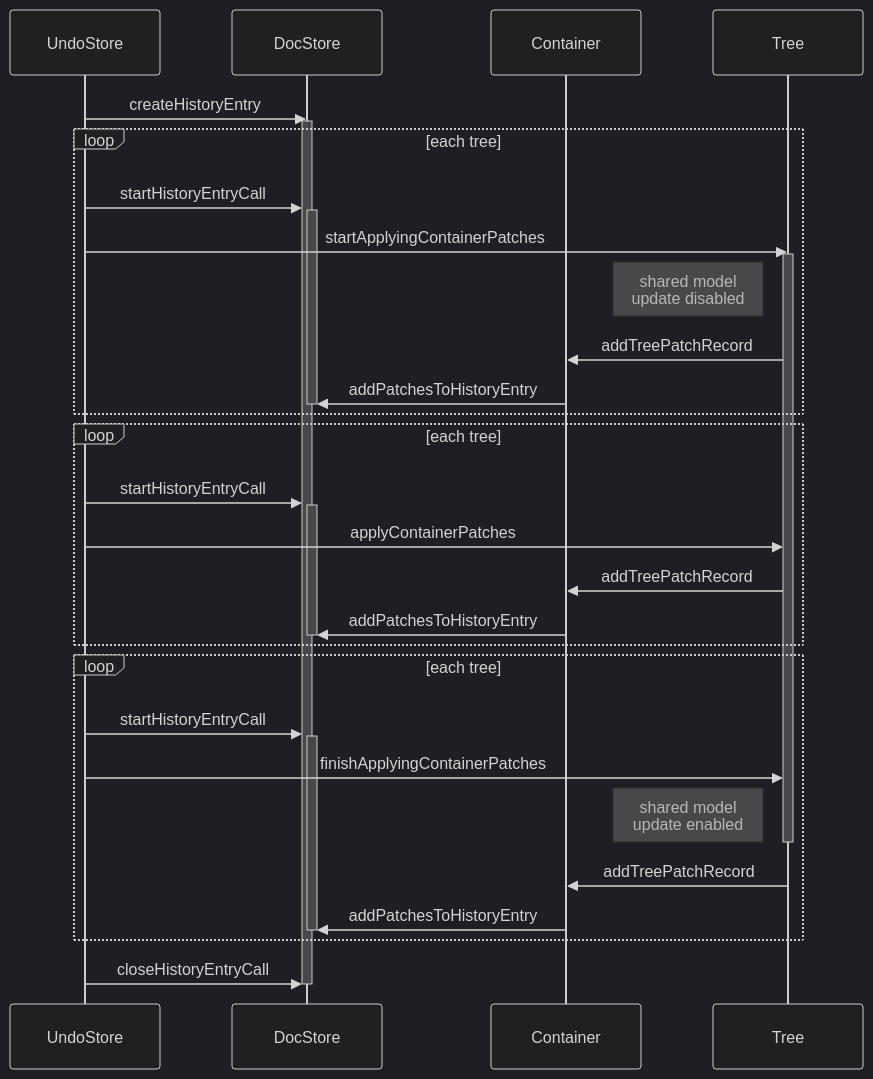
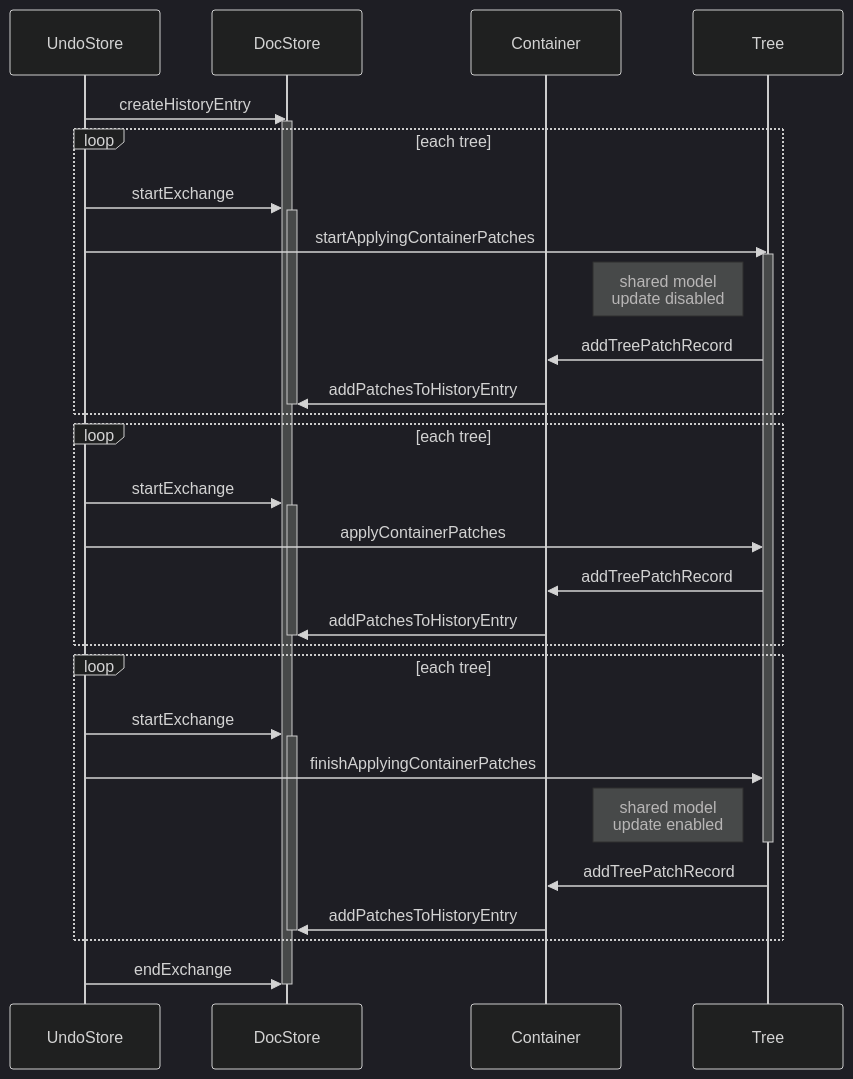
One commit to concord-consortium/collaborative-learning changed the fourth of 6 diagrams in docs/history-framework.md. Above: the diagram before and after it, drawn with Mermaid (dark theme). The commit also changed other lines of this file and 8 other files, not shown here.

First line of the commit message:
rename callId to exchangeId

````diff
--- a/docs/history-framework.md
+++ b/docs/history-framework.md
@@ -125,39 +125,39 @@
 ```mermaid
 sequenceDiagram
   participant UndoStore
   participant DocStore
   participant Container
   participant Tree
   UndoStore->> DocStore: createHistoryEntry
   activate DocStore
   loop each tree
-    UndoStore->>DocStore: startHistoryEntryCall
+    UndoStore->>DocStore: startExchange
     activate DocStore
     UndoStore->>Tree: startApplyingContainerPatches
     activate Tree
     Note left of Tree: shared model<br/>update disabled 
     Tree->>Container: addTreePatchRecord
     Container->>DocStore: addPatchesToHistoryEntry
     deactivate DocStore
   end
   loop each tree
-    UndoStore->>DocStore: startHistoryEntryCall
+    UndoStore->>DocStore: startExchange
     activate DocStore
     UndoStore->>Tree: applyContainerPatches
     Tree->>Container: addTreePatchRecord
     Container->>DocStore: addPatchesToHistoryEntry
     deactivate DocStore
   end
   loop each tree
-    UndoStore->>DocStore: startHistoryEntryCall
+    UndoStore->>DocStore: startExchange
     activate DocStore
     UndoStore->>Tree: finishApplyingContainerPatches
     Note left of Tree: shared model<br/>update enabled 
     deactivate Tree
     Tree->>Container: addTreePatchRecord
     Container->>DocStore: addPatchesToHistoryEntry
     deactivate DocStore
   end
-  UndoStore->> DocStore: closeHistoryEntryCall
+  UndoStore->> DocStore: endExchange
   deactivate DocStore
 ```
````
